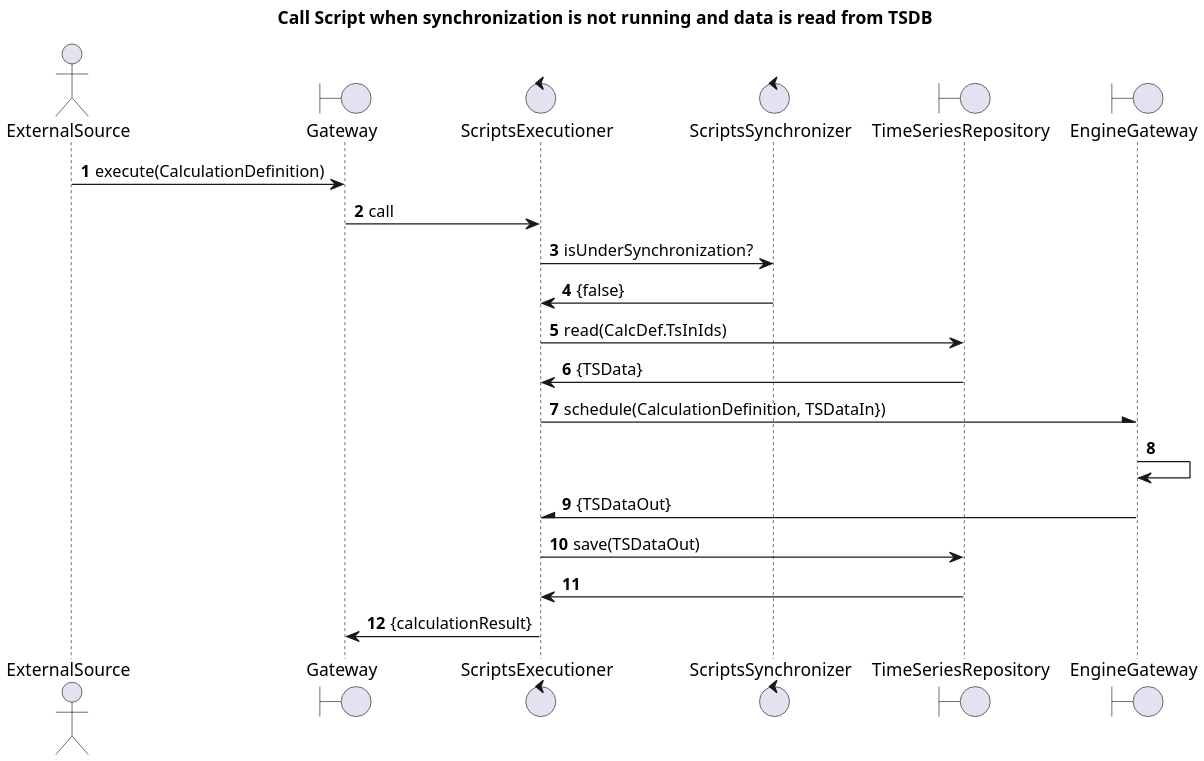
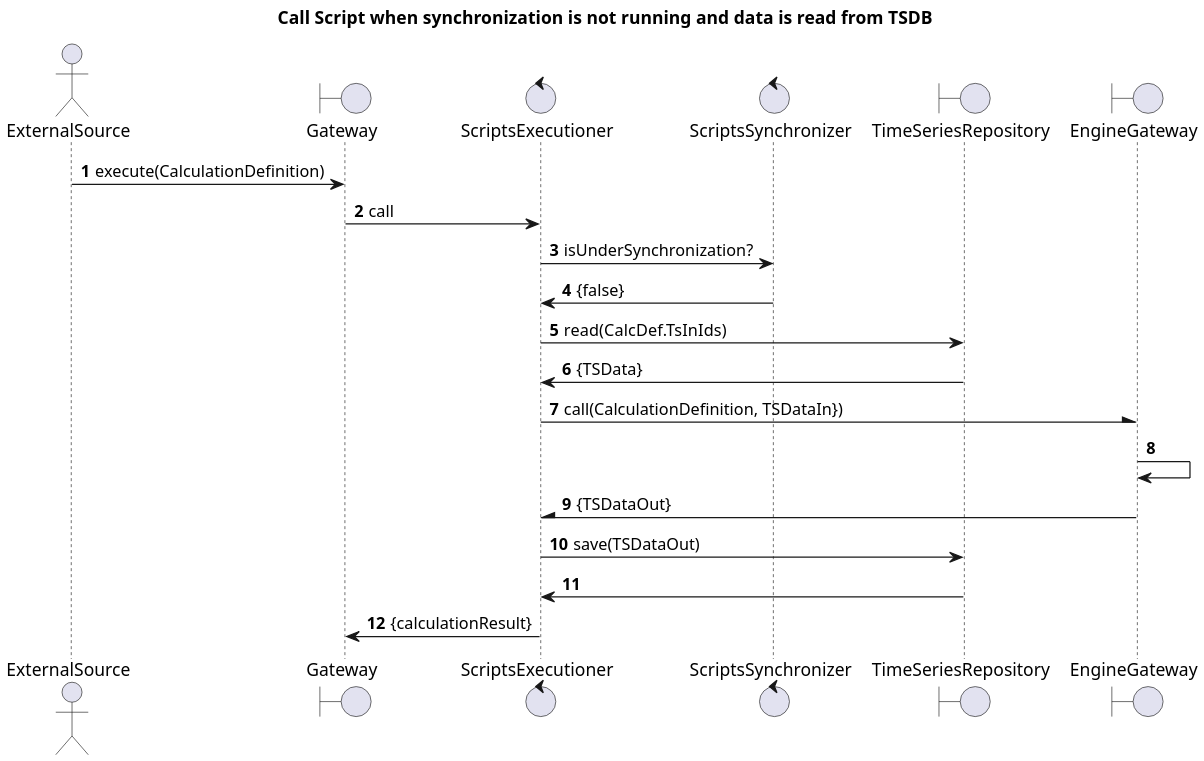
One commit to PSI-Polska/aaas-java6 changed the diagram in doc/useCases/AKT-1238/1.0 withTimeSeriesAndScriptsRepository.plantuml. Above: the diagram before and after it, drawn with PlantUML. The commit also changed 3 other files, not shown here.

```diff
--- a/doc/useCases/AKT-1238/1.0 withTimeSeriesAndScriptsRepository.plantuml
+++ b/doc/useCases/AKT-1238/1.0 withTimeSeriesAndScriptsRepository.plantuml
@@ -1,30 +1,30 @@
 @startuml
 skinparam dpi 200
 
 title Call Script when synchronization is not running and data is read from TSDB
 
 actor ExternalSource
 boundary Gateway
 control ScriptsExecutioner as Executioner
 ' entity DefinitionValidator as Validator
 control ScriptsSynchronizer as Synchronizer
 boundary TimeSeriesRepository as TSRepo
 boundary EngineGateway as Engine
 
 autonumber
 ExternalSource -> Gateway: execute(CalculationDefinition)
 Gateway -> Executioner: call
 ' Executioner -> Validator: validate(CalculationDefinition)
 ' Validator -> Executioner: true
 Executioner -> Synchronizer: isUnderSynchronization?
 Synchronizer -> Executioner: {false}
 Executioner -> TSRepo: read(CalcDef.TsInIds)
 TSRepo -> Executioner: {TSData}
-Executioner -\ Engine: schedule(CalculationDefinition, TSDataIn})
+Executioner -\ Engine: call(CalculationDefinition, TSDataIn})
 Engine -> Engine
 Engine -\ Executioner: {TSDataOut}
 Executioner -> TSRepo: save(TSDataOut)
 TSRepo -> Executioner
 Executioner -> Gateway: {calculationResult}
 
 @enduml
```
